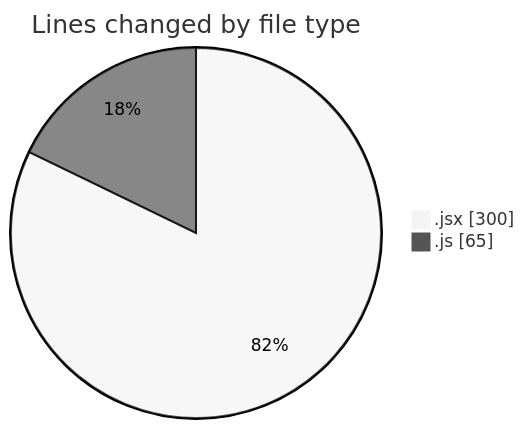
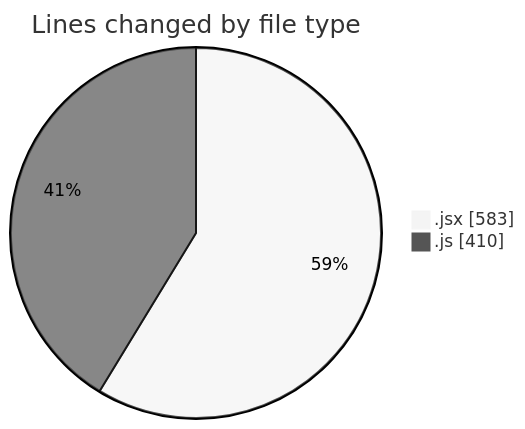
One commit to nxtqubesakshisongat/code-tracking changed the first of 2 diagrams in 2025-11-05/nxtqube_webapp/README.md. Above: the diagram before and after it, drawn with Mermaid (neutral theme). The commit also changed other lines of this file and 1 other file, not shown here.

````diff
--- a/2025-11-05/nxtqube_webapp/README.md
+++ b/2025-11-05/nxtqube_webapp/README.md
@@ -21,6 +25,6 @@
 ```mermaid
 pie showData
 title Lines changed by file type
-".jsx" : 300
-".js" : 65
+".jsx" : 583
+".js" : 410
 ```
````
